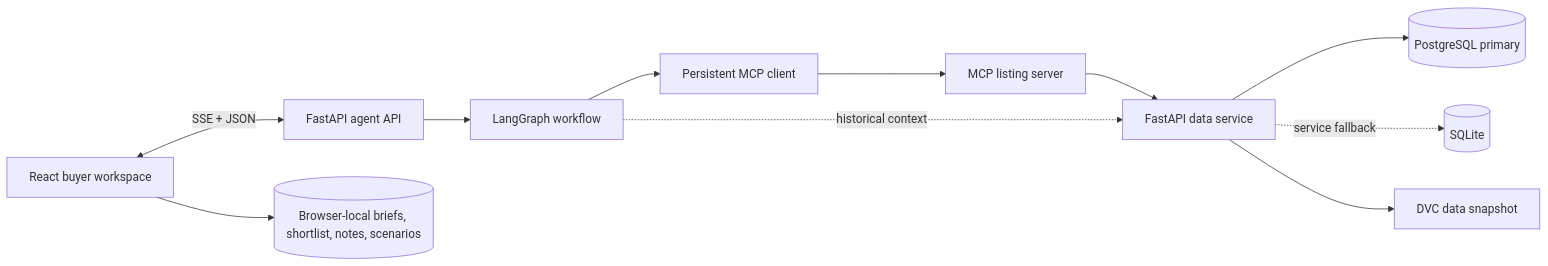
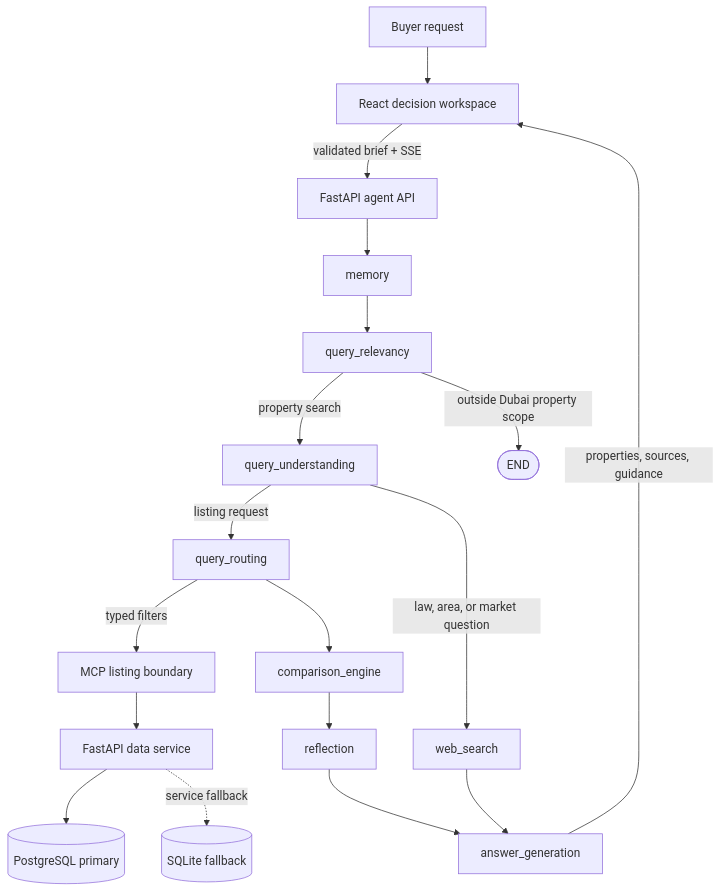
Before and after one commit to SherifGamal9441/Agentic-Property: the diagram in README.md, drawn with Mermaid. The commit also changed other lines of this file, not shown here.

Commit message:
Rewrite README around the buyer journey

````diff
--- a/README.md
+++ b/README.md
@@ -50,13 +45,20 @@
 ```mermaid
-flowchart LR
-  browser[React buyer workspace] <-->|SSE + JSON| api[FastAPI agent API]
-  api --> langgraph[LangGraph workflow]
-  langgraph --> mcp[Persistent MCP client]
-  mcp --> server[MCP listing server]
-  server --> data[FastAPI data service]
-  data --> pg[(PostgreSQL primary)]
-  data -. service fallback .-> sqlite[(SQLite)]
-  data --> snapshot[DVC data snapshot]
-  browser --> local[(Browser-local briefs, shortlist, notes, scenarios)]
-  langgraph -. historical context .-> data
+flowchart TD
+  buyer[Buyer request] --> ui[React decision workspace]
+  ui -->|validated brief + SSE| api[FastAPI agent API]
+  api --> memory[memory]
+  memory --> relevancy[query_relevancy]
+  relevancy -->|property search| understanding[query_understanding]
+  relevancy -->|outside Dubai property scope| stop([END])
+  understanding -->|listing request| routing[query_routing]
+  understanding -->|law, area, or market question| web[web_search]
+  routing -->|typed filters| mcp[MCP listing boundary]
+  mcp --> data[FastAPI data service]
+  data --> postgres[(PostgreSQL primary)]
+  data -. service fallback .-> sqlite[(SQLite fallback)]
+  routing --> comparison[comparison_engine]
+  comparison --> reflection[reflection]
+  reflection --> answer[answer_generation]
+  web --> answer
+  answer -->|properties, sources, guidance| ui
 ```
````
